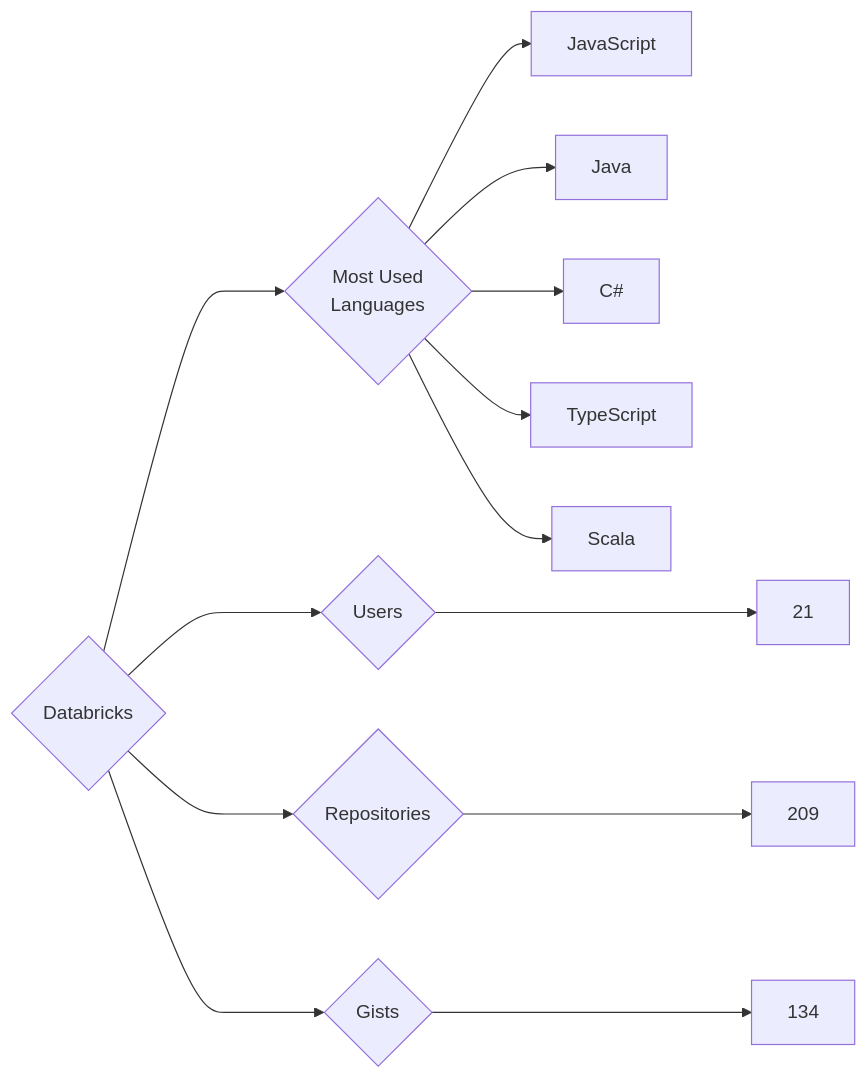
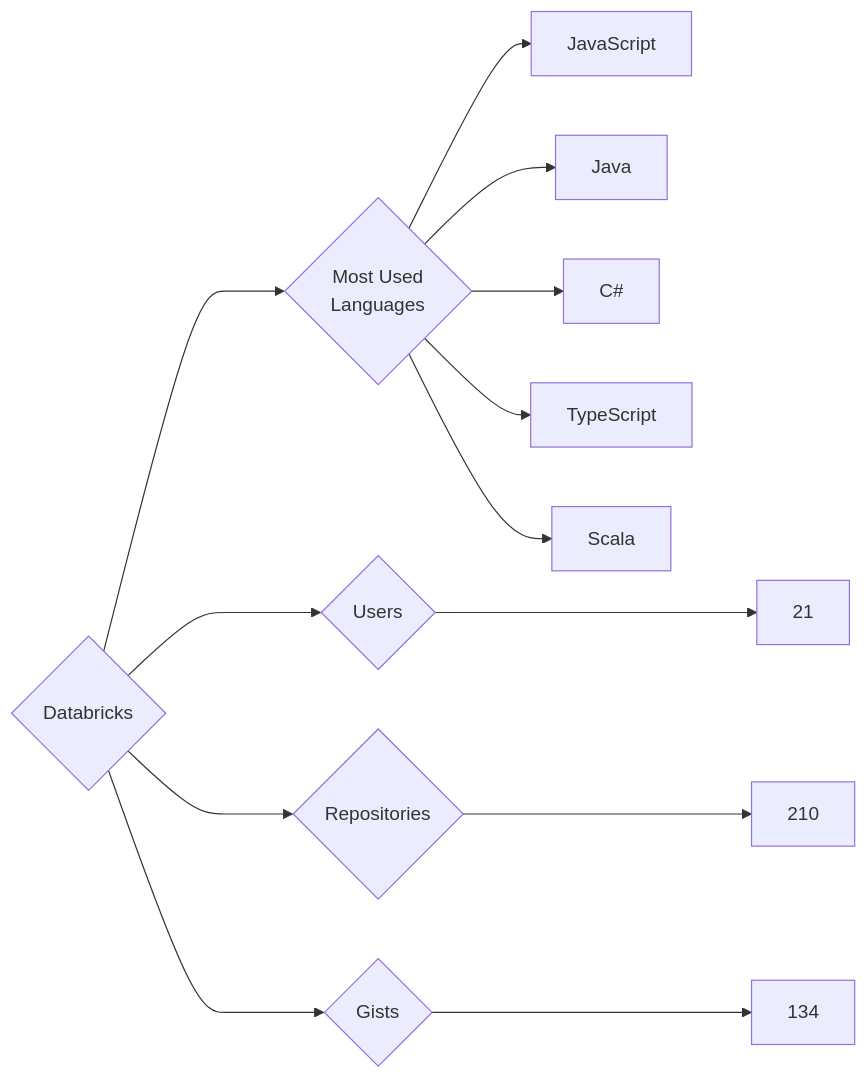
Before and after one commit to trickest/insiders: the diagram in targets/Databricks/README.md, drawn with Mermaid. The commit also changed 878 other files, not shown here.

````diff
--- a/targets/Databricks/README.md
+++ b/targets/Databricks/README.md
@@ -3,13 +3,13 @@
 ```mermaid
 graph LR
 COMPANY_NAME{Databricks}
 COMPANY_NAME ---> U{Users} ---> UN[21]
-COMPANY_NAME ---> R{Repositories} ---> RN[209]
+COMPANY_NAME ---> R{Repositories} ---> RN[210]
 COMPANY_NAME ---> G{Gists} ---> GN[134]
 COMPANY_NAME ---> ML{Most Used<br>Languages}
 ML --> JavaScript[JavaScript]
 ML --> Java[Java]
 ML --> C#[C#]
 ML --> TypeScript[TypeScript]
 ML --> Scala[Scala]
 ```
````
